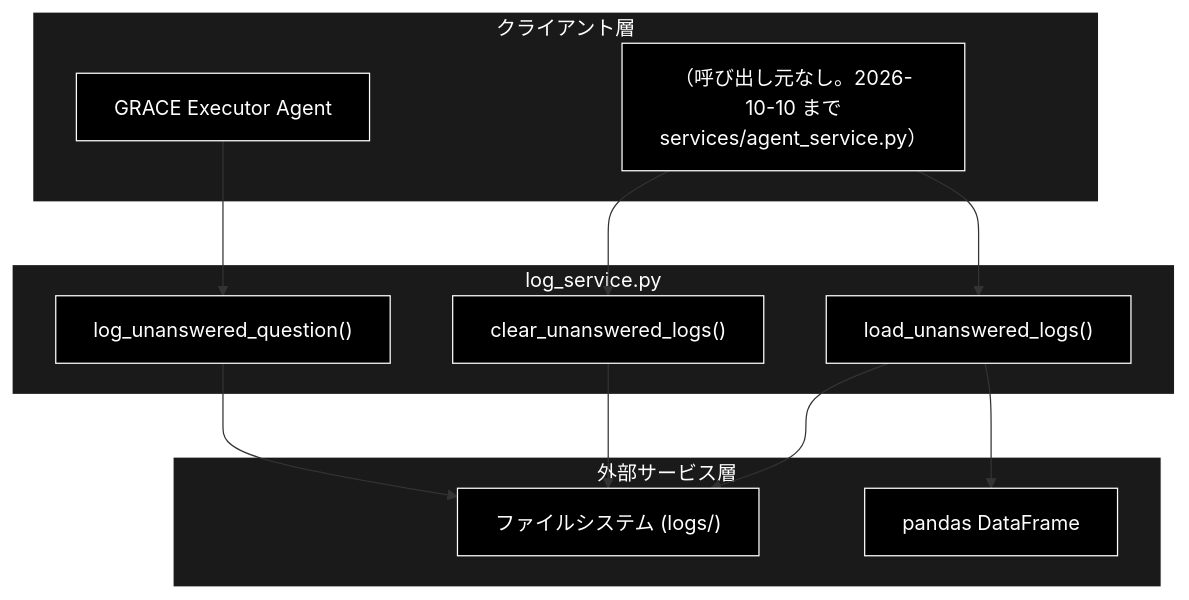
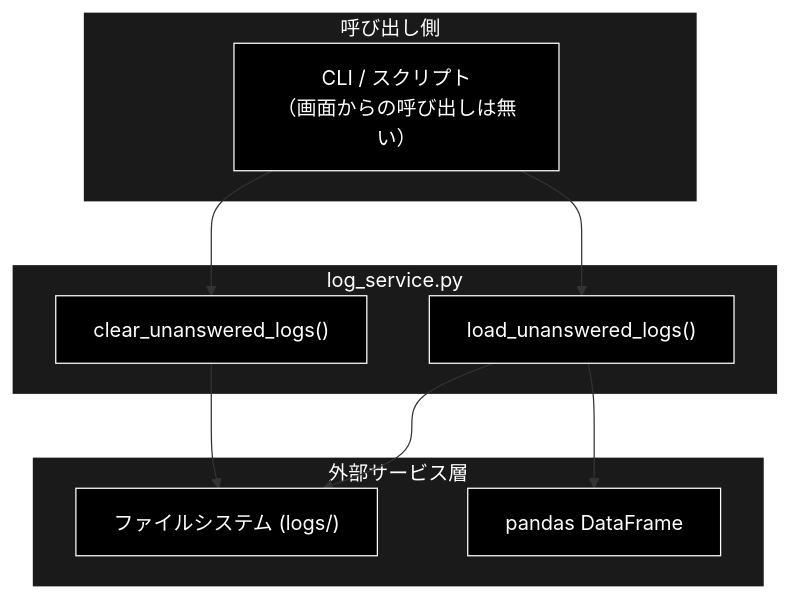
Before and after one commit to nakashima2toshio/grace_v2: the first of 3 diagrams in services/docs/log_service.md, drawn with Mermaid. The commit also changed other lines of this file and 7 other files, not shown here.

First line of the commit message:
refactor: 呼び出し元の無くなった log_unanswered_question / generate_with_tools を削除

````diff
--- a/services/docs/log_service.md
+++ b/services/docs/log_service.md
@@ -60,32 +61,28 @@
 ```mermaid
 flowchart TB
-    subgraph CLIENT["クライアント層"]
-        AGENT["GRACE Executor Agent"]
-        UI["（呼び出し元なし。2026-10-10 まで<br>services/agent_service.py）"]
+    subgraph CLIENT["呼び出し側"]
+        CALLER["CLI / スクリプト<br>（画面からの呼び出しは無い）"]
     end
 
     subgraph MODULE["log_service.py"]
-        LOG["log_unanswered_question()"]
         LOAD["load_unanswered_logs()"]
         CLEAR["clear_unanswered_logs()"]
     end
 
     subgraph EXTERNAL["外部サービス層"]
         FS["ファイルシステム (logs/)"]
         PANDAS["pandas DataFrame"]
     end
 
-    AGENT --> LOG
-    UI --> LOAD
-    UI --> CLEAR
-    LOG --> FS
+    CALLER --> LOAD
+    CALLER --> CLEAR
     CLEAR --> FS
     LOAD --> FS
     LOAD --> PANDAS
 classDef default fill:#000,stroke:#fff,color:#fff
 classDef subgraphStyle fill:#1a1a1a,stroke:#fff,color:#fff
-class AGENT,UI,LOG,LOAD,CLEAR,FS,PANDAS default
+class CALLER,LOAD,CLEAR,FS,PANDAS default
 style CLIENT fill:#1a1a1a,stroke:#fff,color:#fff
 style MODULE fill:#1a1a1a,stroke:#fff,color:#fff
 style EXTERNAL fill:#1a1a1a,stroke:#fff,color:#fff
 ```
````
